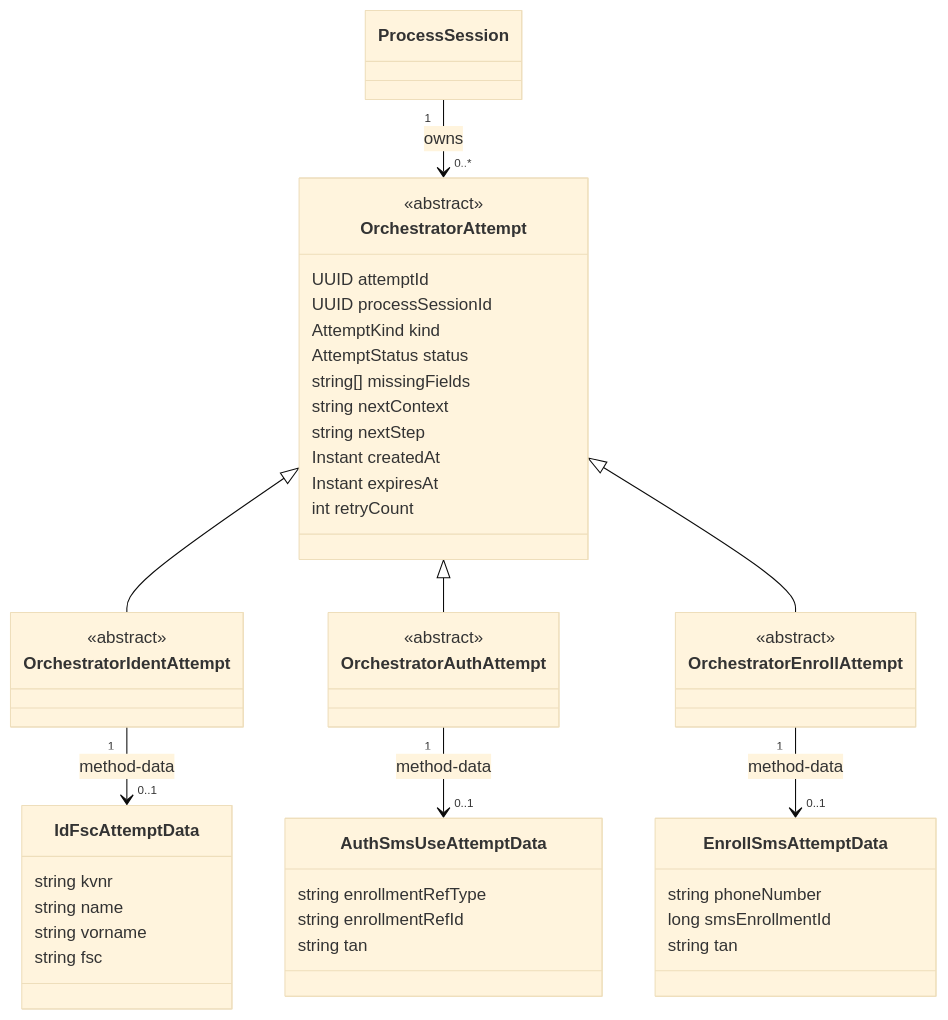
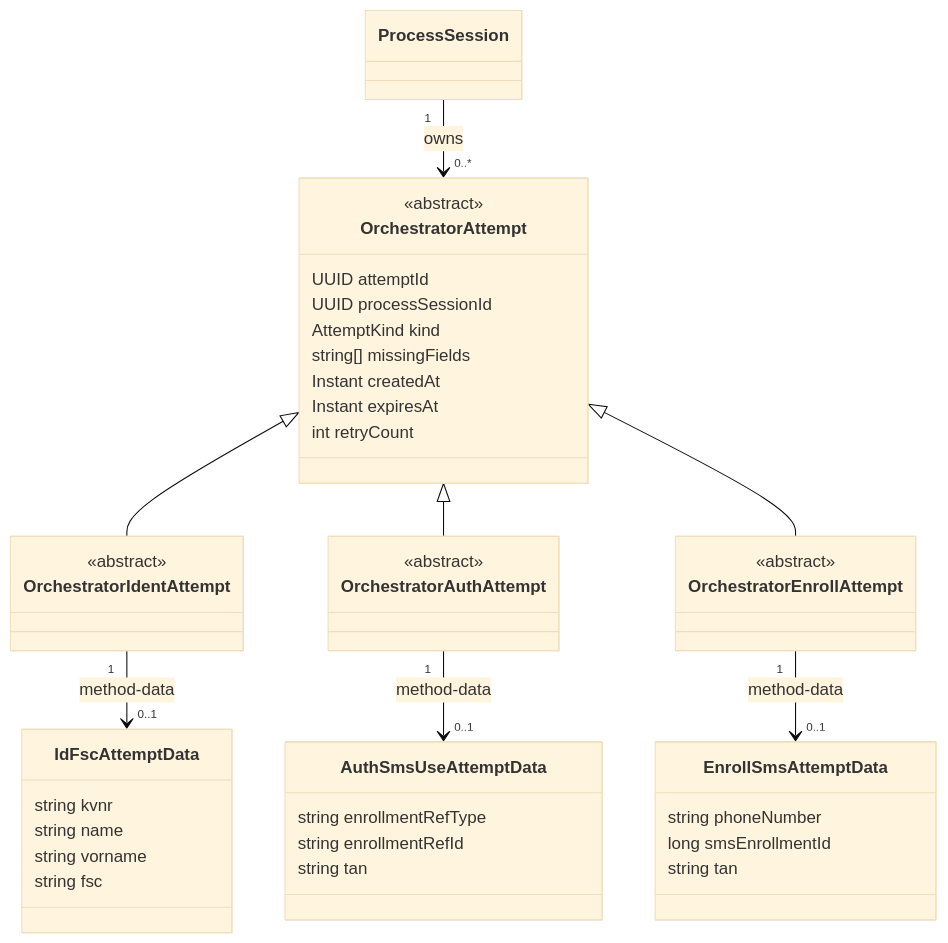
One commit to rpreissel/DPoP-demo changed the second of 7 diagrams in orchestrator-keycloak-session-konzept.md. Above: the diagram before and after it, drawn with Mermaid (base theme). The commit also changed other lines of this file, not shown here.

Commit message:
docs: next auf type/context/step/values vereinheitlichen; AttemptState ableitbar

````diff
--- a/orchestrator-keycloak-session-konzept.md
+++ b/orchestrator-keycloak-session-konzept.md
@@ -127,57 +130,54 @@
 ```mermaid
 classDiagram
   class OrchestratorAttempt {
     <<abstract>>
     UUID attemptId
     UUID processSessionId
     AttemptKind kind
-    AttemptStatus status
     string[] missingFields
-    string nextContext
-    string nextStep
     Instant createdAt
     Instant expiresAt
     int retryCount
   }
 
   class OrchestratorIdentAttempt {
     <<abstract>>
   }
 
   class OrchestratorAuthAttempt {
     <<abstract>>
   }
 
   class OrchestratorEnrollAttempt {
     <<abstract>>
   }
 
   class IdFscAttemptData {
     string kvnr
     string name
     string vorname
     string fsc
   }
 
   class EnrollSmsAttemptData {
     string phoneNumber
     long smsEnrollmentId
     string tan
   }
 
   class AuthSmsUseAttemptData {
     string enrollmentRefType
     string enrollmentRefId
     string tan
   }
 
   OrchestratorAttempt <|-- OrchestratorIdentAttempt
   OrchestratorAttempt <|-- OrchestratorAuthAttempt
   OrchestratorAttempt <|-- OrchestratorEnrollAttempt
 
   OrchestratorIdentAttempt "1" --> "0..1" IdFscAttemptData : method-data
   OrchestratorEnrollAttempt "1" --> "0..1" EnrollSmsAttemptData : method-data
   OrchestratorAuthAttempt "1" --> "0..1" AuthSmsUseAttemptData : method-data
 
   ProcessSession "1" --> "0..*" OrchestratorAttempt : owns
 ```
````
